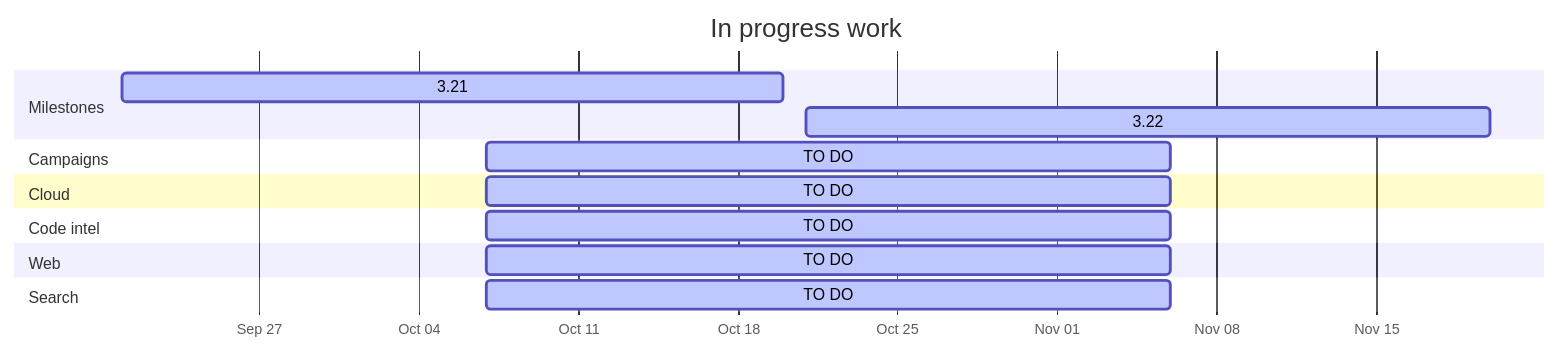
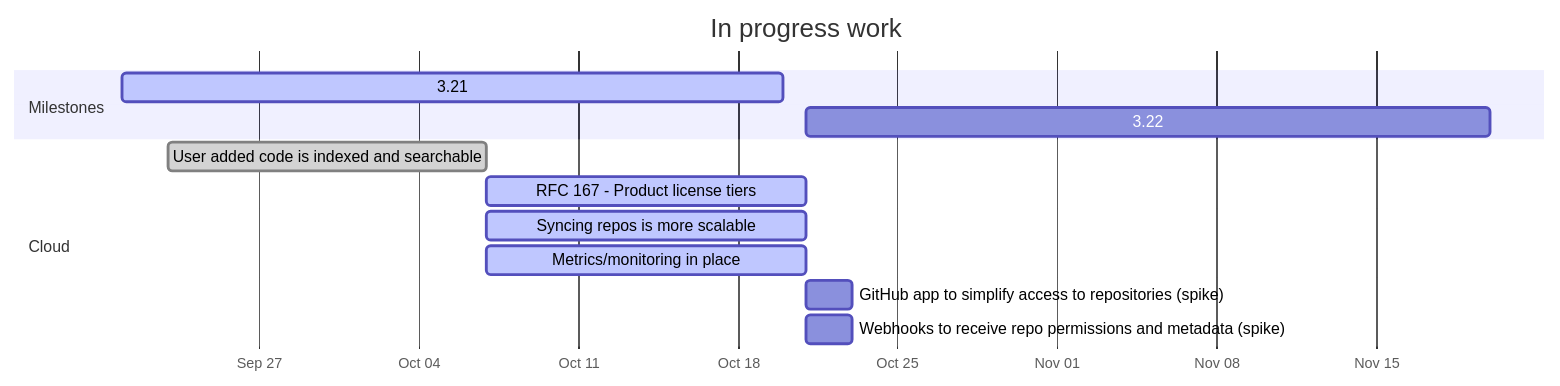
The diagram in handbook/product/roadmap.md (sourcegraph/about), drawn with Mermaid before and after one commit. The commit also changed other lines of this file, not shown here.

Commit message:
Adding gantt chart for cloud roadmap

```diff
--- a/handbook/product/roadmap.md
+++ b/handbook/product/roadmap.md
@@ -7,25 +7,30 @@
 <pre class="mermaid" data-rendered-width="150%" data-scroll-right="50%">
 gantt
     title In progress work
     dateFormat YYYY-MM-DD
     axisFormat %b %d
 
 section Milestones
     3.21 :active, release-3.21, 2020-09-21, 2020-10-20
-    3.22 :active, release-3.22, 2020-10-21, 2020-11-20
+    3.22 :        release-3.22, 2020-10-21, 2020-11-20
 
-section Campaigns
-    TO DO :active, after release-3.21, 30d
+%% section Campaigns
+%%     TO DO :active, after release-3.21, 30d
 
 section Cloud
-    TO DO :active, after release-3.21, 30d
+    User added code is indexed and searchable                 :done,   2020-09-23, 2020-10-07
+    RFC 167 - Product license tiers                           :active, 2020-10-07, 14d
+    Syncing repos is more scalable                            :active, 2020-10-07, 14d
+    Metrics/monitoring in place                               :active, 2020-10-07, 14d
+    GitHub app to simplify access to repositories (spike)     :        2020-10-21, 2d
+    Webhooks to receive repo permissions and metadata (spike) :        2020-10-21, 2d
 
-section Code intel
-    TO DO :active, after release-3.21, 30d
+%% section Code intel
+%%     TO DO :active, after release-3.21, 30d
 
-section Web
-    TO DO :active, after release-3.21, 30d
+%% section Web
+%%     TO DO :active, after release-3.21, 30d
 
-section Search
-    TO DO :active, after release-3.21, 30d
+%% section Search
+%%     TO DO :active, after release-3.21, 30d
 </pre>
```
